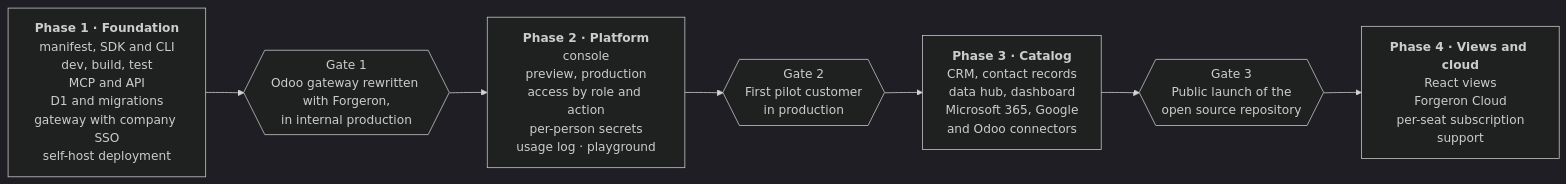
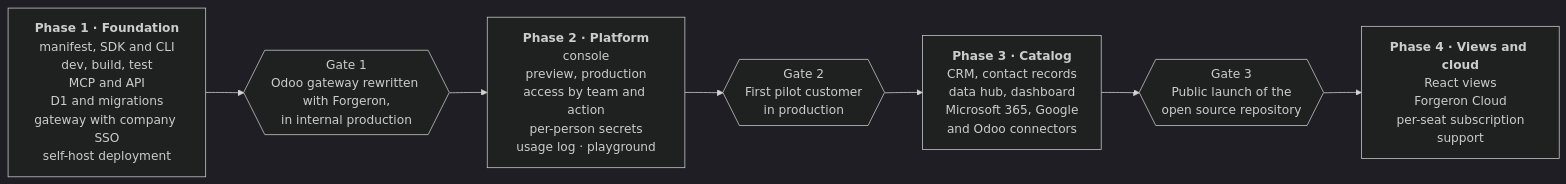
One commit to forgeron-sh/monorepo changed the second of 2 diagrams in docs/white-paper.md. Above: the diagram before and after it, drawn with Mermaid (dark theme). The commit also changed other lines of this file and 17 other files, not shown here.

````diff
--- a/docs/white-paper.md
+++ b/docs/white-paper.md
@@ -240,11 +240,11 @@
 ```mermaid
 flowchart LR
   P1["<b>Phase 1 · Foundation</b><br/>manifest, SDK and CLI<br/>dev, build, test<br/>MCP and API<br/>D1 and migrations<br/>gateway with company SSO<br/>self-host deployment"]
   G1{{"Gate 1<br/>Odoo gateway rewritten with Forgeron,<br/>in internal production"}}
-  P2["<b>Phase 2 · Platform</b><br/>console<br/>preview, production<br/>access by role and action<br/>per-person secrets<br/>usage log · playground"]
+  P2["<b>Phase 2 · Platform</b><br/>console<br/>preview, production<br/>access by team and action<br/>per-person secrets<br/>usage log · playground"]
   G2{{"Gate 2<br/>First pilot customer<br/>in production"}}
   P3["<b>Phase 3 · Catalog</b><br/>CRM, contact records<br/>data hub, dashboard<br/>Microsoft 365, Google<br/>and Odoo connectors"]
   G3{{"Gate 3<br/>Public launch of the<br/>open source repository"}}
   P4["<b>Phase 4 · Views and cloud</b><br/>React views<br/>Forgeron Cloud<br/>per-seat subscription<br/>support"]
   P1 --> G1 --> P2 --> G2 --> P3 --> G3 --> P4
 ```
````
